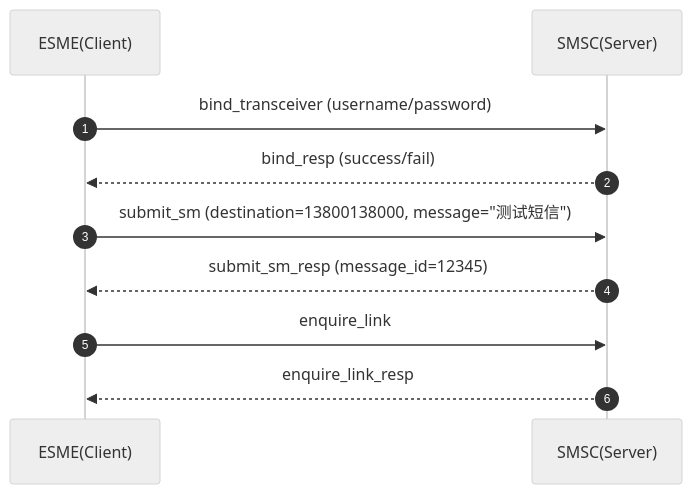
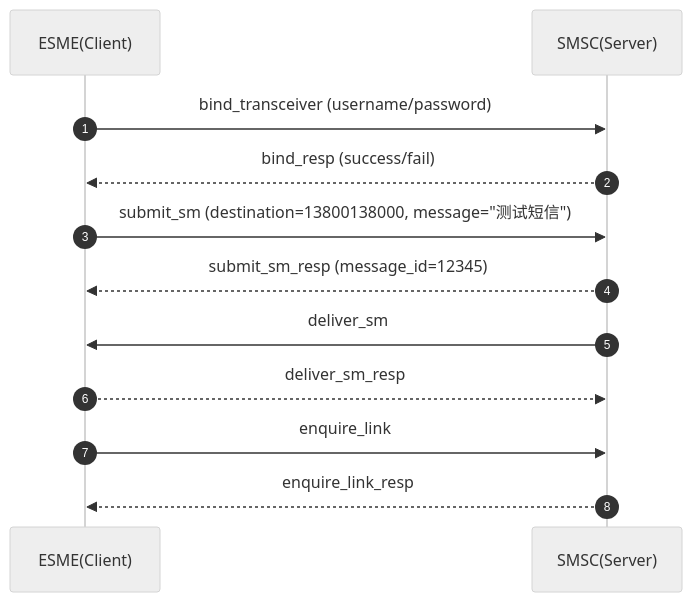
One commit to chuncheng-hai/chuncheng-hai.github.io changed the diagram in content/posts/2026-03-22-short-message.md. Above: the diagram before and after it, drawn with Mermaid (neutral theme). The commit also changed 2 other files, not shown here.

Commit message:
test mermaid

````diff
--- a/content/posts/2026-03-22-short-message.md
+++ b/content/posts/2026-03-22-short-message.md
@@ -63,15 +63,18 @@
 ```mermaid
 sequenceDiagram
     autonumber
     participant ESME as ESME(Client)
     participant SMSC as SMSC(Server)
 
     ESME->>SMSC: bind_transceiver (username/password)
     SMSC-->>ESME: bind_resp (success/fail)
 
     ESME->>SMSC: submit_sm (destination=13800138000, message="测试短信")
     SMSC-->>ESME: submit_sm_resp (message_id=12345)
 
+    SMSC->>ESME:deliver_sm
+    ESME-->>SMSC:deliver_sm_resp
+    
     ESME->>SMSC: enquire_link
     SMSC-->>ESME: enquire_link_resp
 ```
````
